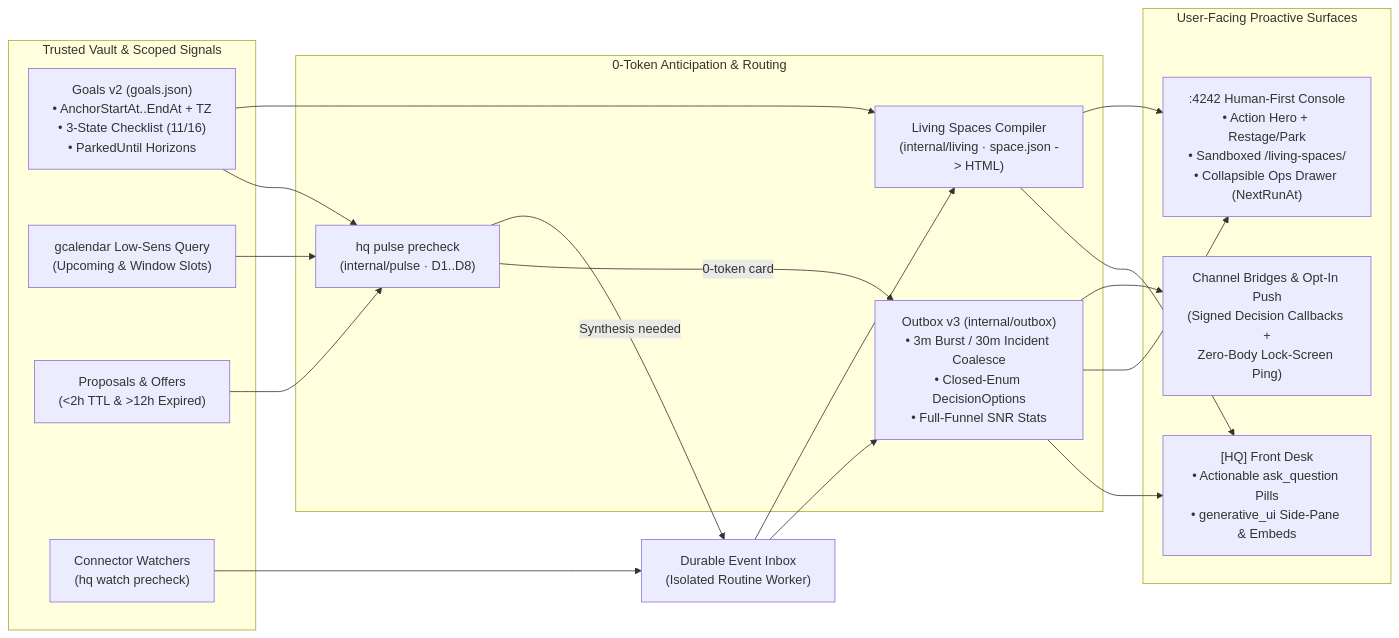
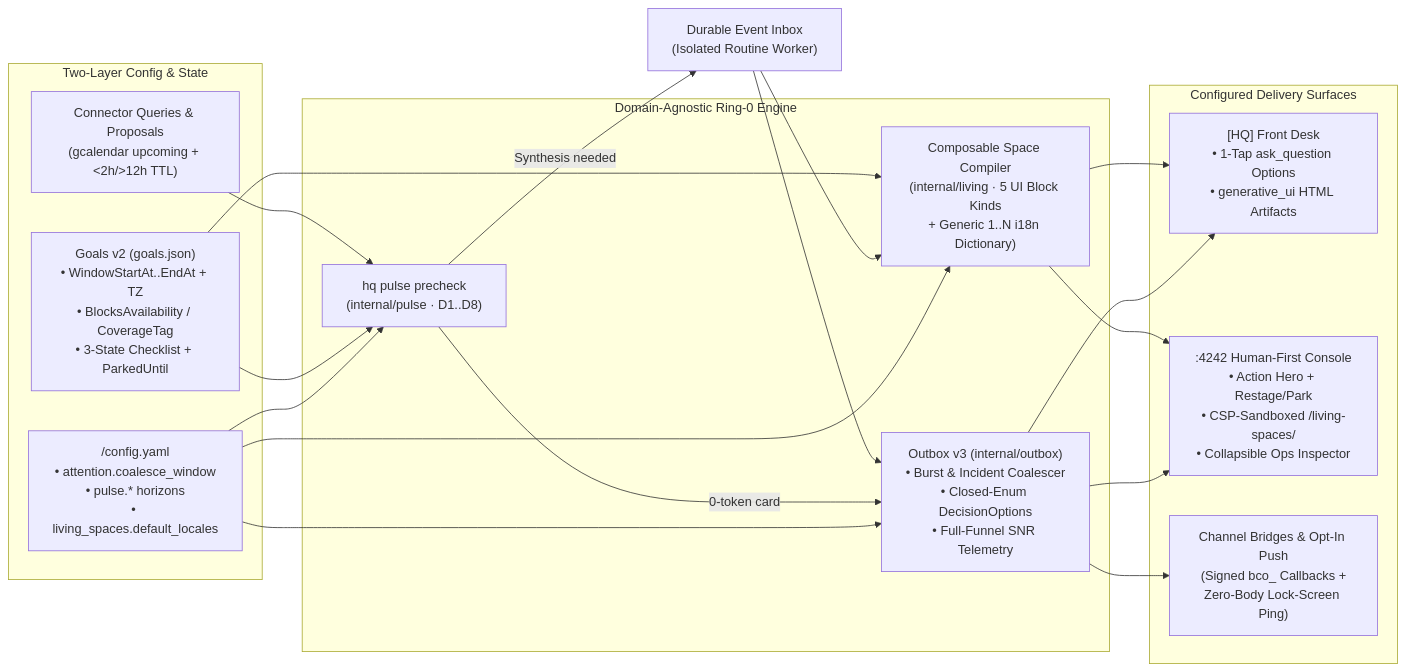
Before and after one commit to zjshen14/agy-hq: the diagram in docs/design/0027-muse-proactive-actions.md, drawn with Mermaid. The commit also changed other lines of this file and 2 other files, not shown here.

Commit message:
docs(rfc): separate OSS framework primitives from personal Vault config in RFC-0027

````diff
--- a/docs/design/0027-muse-proactive-actions.md
+++ b/docs/design/0027-muse-proactive-actions.md
@@ -59,31 +94,29 @@
 ```mermaid
 flowchart LR
-    subgraph Signals["Trusted Vault & Scoped Signals"]
-        GLS["Goals v2 (goals.json)\n• AnchorStartAt..EndAt + TZ\n• 3-State Checklist (11/16)\n• ParkedUntil Horizons"]
-        CAL["gcalendar Low-Sens Query\n(Upcoming & Window Slots)"]
-        PRP["Proposals & Offers\n(<2h TTL & >12h Expired)"]
-        WTCH["Connector Watchers\n(hq watch precheck)"]
+    subgraph Config["Two-Layer Config & State"]
+        CFG["<vault>/config.yaml\n• attention.coalesce_window\n• pulse.* horizons\n• living_spaces.default_locales"]
+        GLS["Goals v2 (goals.json)\n• WindowStartAt..EndAt + TZ\n• BlocksAvailability / CoverageTag\n• 3-State Checklist + ParkedUntil"]
+        CAL["Connector Queries & Proposals\n(gcalendar upcoming + <2h/>12h TTL)"]
     end
 
-    subgraph Engine["0-Token Anticipation & Routing"]
+    subgraph Engine["Domain-Agnostic Ring-0 Engine"]
         PLS["hq pulse precheck\n(internal/pulse · D1..D8)"]
-        OUT["Outbox v3 (internal/outbox)\n• 3m Burst / 30m Incident Coalesce\n• Closed-Enum DecisionOptions\n• Full-Funnel SNR Stats"]
-        LIV["Living Spaces Compiler\n(internal/living · space.json -> HTML)"]
+        OUT["Outbox v3 (internal/outbox)\n• Burst & Incident Coalescer\n• Closed-Enum DecisionOptions\n• Full-Funnel SNR Telemetry"]
+        LIV["Composable Space Compiler\n(internal/living · 5 UI Block Kinds\n+ Generic 1..N i18n Dictionary)"]
     end
 
-    subgraph Surfaces["User-Facing Proactive Surfaces"]
-        FD["[HQ] Front Desk\n• Actionable ask_question Pills\n• generative_ui Side-Pane & Embeds"]
-        WUI[":4242 Human-First Console\n• Action Hero + Restage/Park\n• Sandboxed /living-spaces/<slug>\n• Collapsible Ops Drawer (NextRunAt)"]
-        BRG["Channel Bridges & Opt-In Push\n(Signed Decision Callbacks +\nZero-Body Lock-Screen Ping)"]
+    subgraph Surfaces["Configured Delivery Surfaces"]
+        FD["[HQ] Front Desk\n• 1-Tap ask_question Options\n• generative_ui HTML Artifacts"]
+        WUI[":4242 Human-First Console\n• Action Hero + Restage/Park\n• CSP-Sandboxed /living-spaces/<slug>\n• Collapsible Ops Inspector"]
+        BRG["Channel Bridges & Opt-In Push\n(Signed bco_ Callbacks +\nZero-Body Lock-Screen Ping)"]
     end
 
-    GLS & CAL & PRP --> PLS
+    CFG --> PLS & OUT & LIV
+    GLS & CAL --> PLS
     PLS -->|"0-token card"| OUT
     PLS -->|"Synthesis needed"| EV["Durable Event Inbox\n(Isolated Routine Worker)"]
-    WTCH --> EV
-    EV --> OUT
-    EV --> LIV
+    EV --> OUT & LIV
     GLS --> LIV
     OUT --> FD & WUI & BRG
     LIV --> FD & WUI
 ```
````
